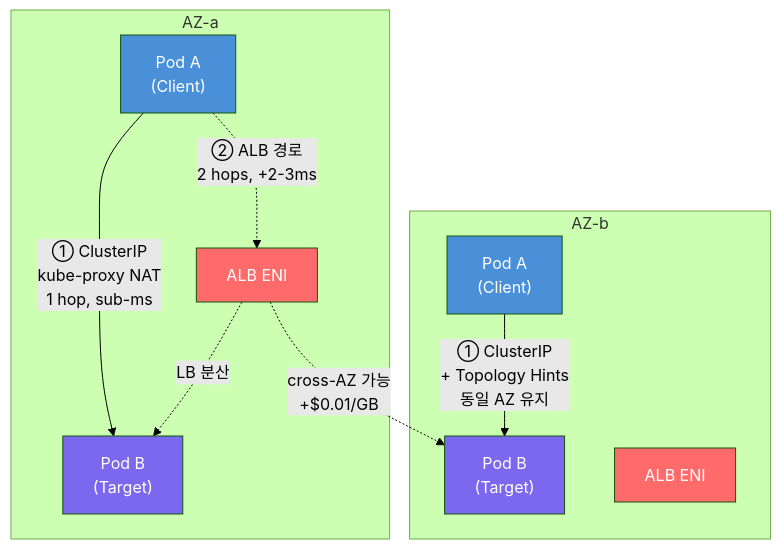
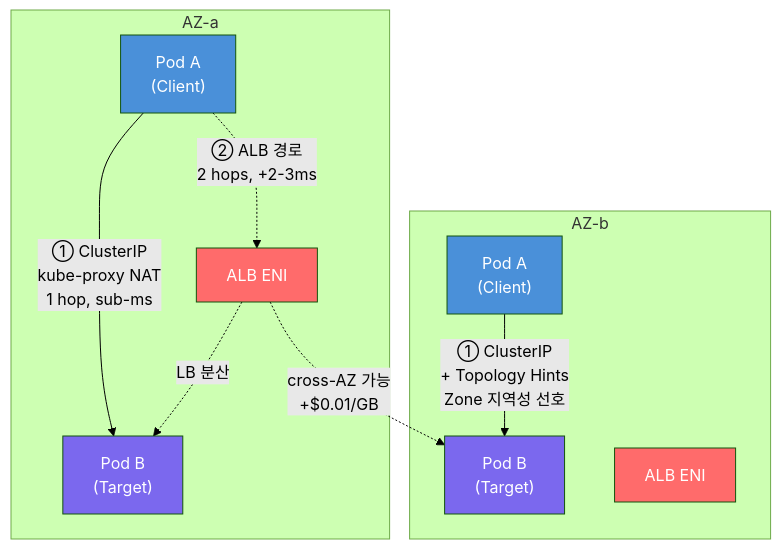
The first of 2 diagrams in docs/eks-best-practices/networking-performance/east-west-traffic-best-practice.md (devfloor9/engineering-playbook), drawn with Mermaid (forest theme) before and after one commit. The commit also changed other lines of this file and 7 other files, not shown here.

````diff
--- a/docs/eks-best-practices/networking-performance/east-west-traffic-best-practice.md
+++ b/docs/eks-best-practices/networking-performance/east-west-traffic-best-practice.md
@@ -96,28 +98,28 @@
 ```mermaid
 graph TB
     subgraph AZ_A["AZ-a"]
         PodA1["Pod A<br/>(Client)"]
         PodB1["Pod B<br/>(Target)"]
         ALB_ENI_A["ALB ENI"]
     end
 
     subgraph AZ_B["AZ-b"]
         PodA2["Pod A<br/>(Client)"]
         PodB2["Pod B<br/>(Target)"]
         ALB_ENI_B["ALB ENI"]
     end
 
     PodA1 -->|"① ClusterIP<br/>kube-proxy NAT<br/>1 hop, sub-ms"| PodB1
     PodA1 -.->|"② ALB 경로<br/>2 hops, +2-3ms"| ALB_ENI_A
     ALB_ENI_A -.->|"LB 분산"| PodB1
     ALB_ENI_A -.->|"cross-AZ 가능<br/>+$0.01/GB"| PodB2
 
-    PodA2 -->|"① ClusterIP<br/>+ Topology Hints<br/>동일 AZ 유지"| PodB2
+    PodA2 -->|"① ClusterIP<br/>+ Topology Hints<br/>Zone 지역성 선호"| PodB2
 
     style PodA1 fill:#4A90D9,color:#fff
     style PodA2 fill:#4A90D9,color:#fff
     style PodB1 fill:#7B68EE,color:#fff
     style PodB2 fill:#7B68EE,color:#fff
     style ALB_ENI_A fill:#FF6B6B,color:#fff
     style ALB_ENI_B fill:#FF6B6B,color:#fff
 ```
````
